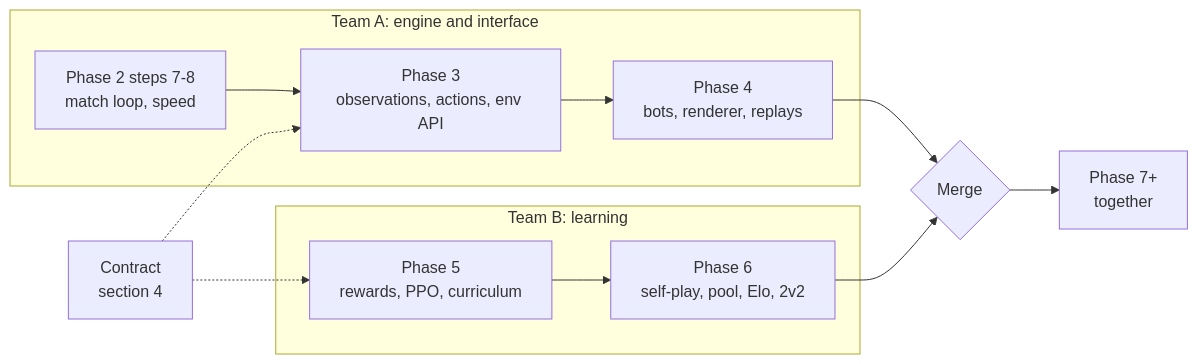
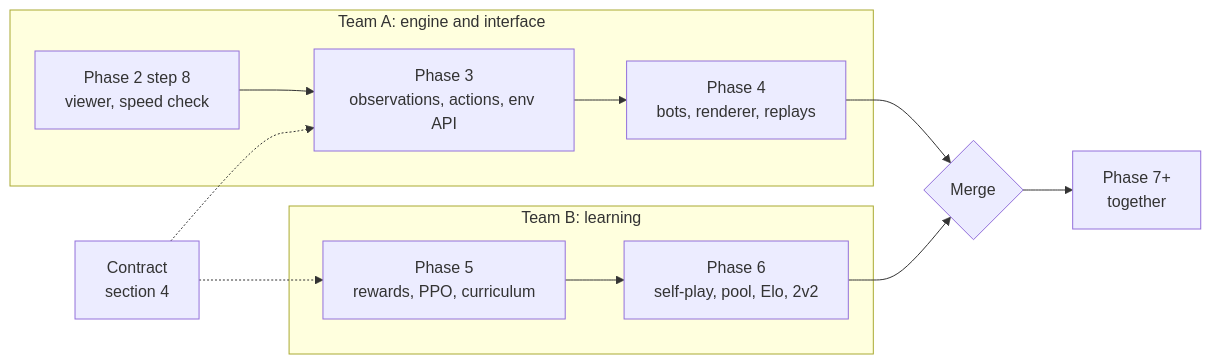
The diagram in docs/handoff_phase5_6.md (thekrishmellow/RL-Donut), drawn with Mermaid before and after one commit. The commit also changed other lines of this file and 9 other files, not shown here.

Commit message:
Engine step 2.7: match loop — decision steps, 60 s deathmatch scoring, pit-fall credit, event log, load_maps, determinism and mirror tests

````diff
--- a/docs/handoff_phase5_6.md
+++ b/docs/handoff_phase5_6.md
@@ -26,15 +26,15 @@
 ```mermaid
 flowchart LR
     subgraph A[Team A: engine and interface]
-        A2[Phase 2 steps 7-8<br/>match loop, speed] --> A3[Phase 3<br/>observations, actions, env API]
+        A2[Phase 2 step 8<br/>viewer, speed check] --> A3[Phase 3<br/>observations, actions, env API]
         A3 --> A4[Phase 4<br/>bots, renderer, replays]
     end
     subgraph B[Team B: learning]
         B5[Phase 5<br/>rewards, PPO, curriculum] --> B6[Phase 6<br/>self-play, pool, Elo, 2v2]
     end
     C[Contract<br/>section 4] -.-> A3
     C -.-> B5
     A4 --> M{Merge}
     B6 --> M
     M --> P7[Phase 7+<br/>together]
 ```
````
